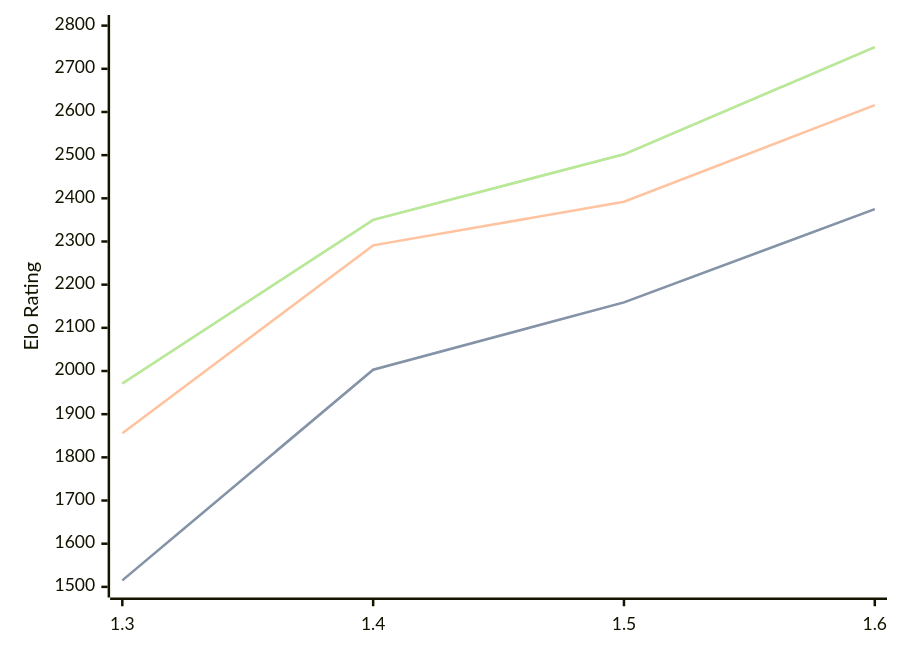
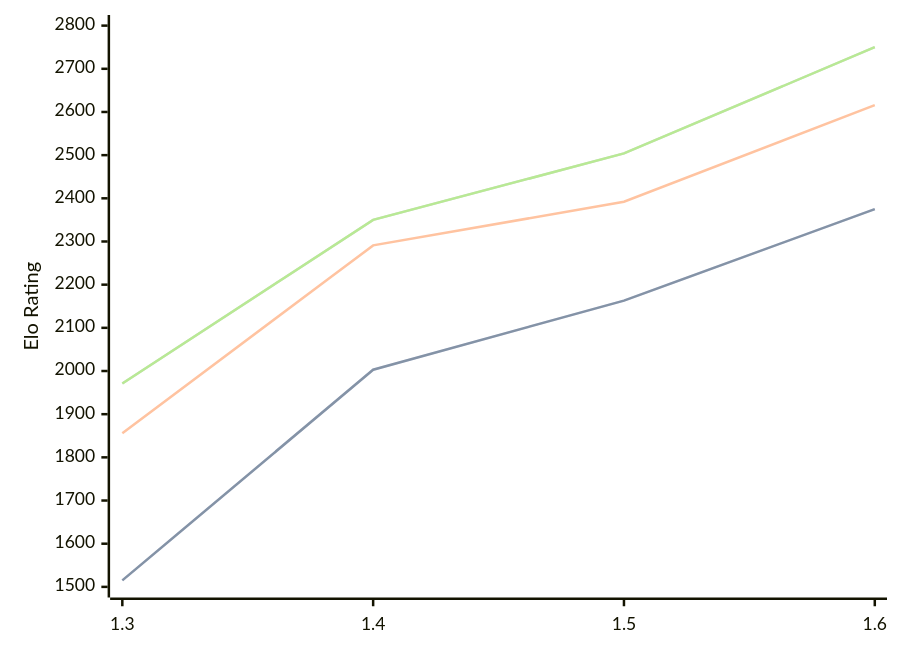
The diagram in engines/Facon.md (computer-chess-index/cci), drawn with Mermaid before and after one commit. The commit also changed other lines of this file, not shown here.

Commit message:
Update CCI Ratings (ELO VLTC) - 2026-09-04

````diff
--- a/engines/Facon.md
+++ b/engines/Facon.md
@@ -35,11 +35,11 @@
 ```mermaid
 %%{init: {"theme":"base","themeVariables":{"seriesColors:['#a3a3a3','#222221','#faa371']}}}%%
 xychart-beta
   x-axis ["1.3", "1.4", "1.5", "1.6"]
   y-axis "Elo Rating" 1500 --> 2800
-  line "" [1515, 2003, 2159, 2375]
-  line "STC (8.0+0.08s)" [1515, 2003, 2159, 2375]
+  line "" [1515, 2003, 2163, 2375]
+  line "STC (8.0+0.08s)" [1515, 2003, 2163, 2375]
   line "LTC (60.0+0.60s)" [1856, 2291, 2392, 2616]
-  line "" [1971, 2350, 2502, 2750]
-  line "VLTC (2m24s+1.12s)" [1971, 2350, 2502, 2750]
+  line "" [1971, 2350, 2504, 2750]
+  line "VLTC (2m24s+1.12s)" [1971, 2350, 2504, 2750]
 ```
````
